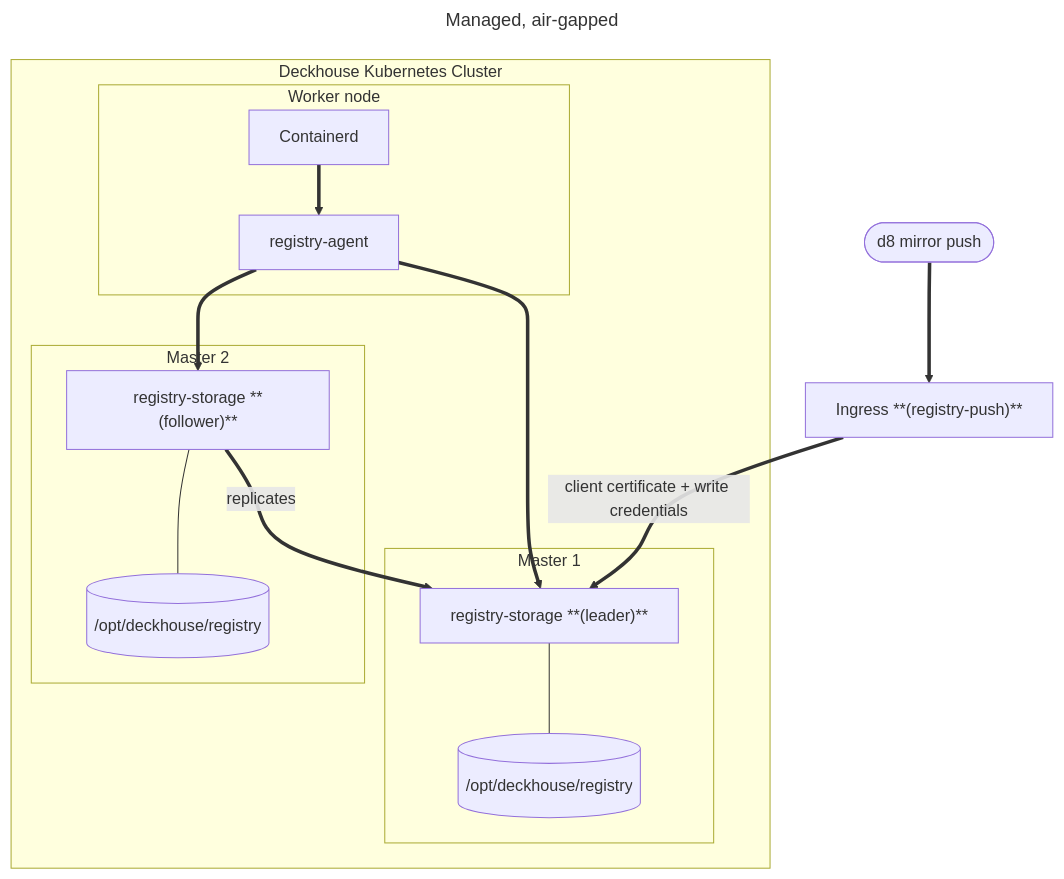
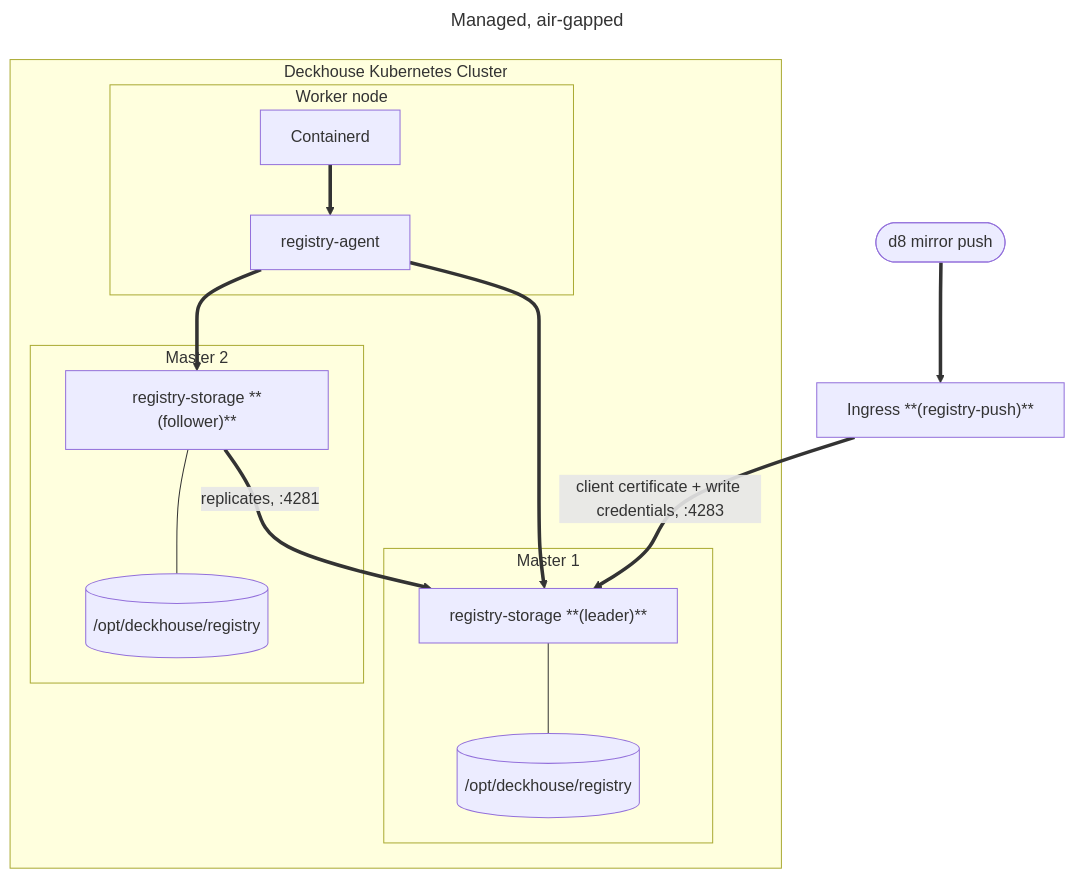
The third of 3 diagrams in modules/038-registry/docs/internal/MANAGED.md (deckhouse/deckhouse), drawn with Mermaid before and after one commit. The commit also changed other lines of this file and 80 other files, not shown here.

````diff
--- a/modules/038-registry/docs/internal/MANAGED.md
+++ b/modules/038-registry/docs/internal/MANAGED.md
@@ -108,32 +114,32 @@
 ```mermaid
 ---
 title: Managed, air-gapped
 ---
 flowchart TD
 operator(["d8 mirror push"])
 ingress["Ingress **(registry-push)**"]
 
 subgraph Cluster["Deckhouse Kubernetes Cluster"]
 subgraph Master1["Master 1"]
 storage1["registry-storage **(leader)**"]
 data1[("/opt/deckhouse/registry")]
 storage1 --- data1
 end
 subgraph Master2["Master 2"]
 storage2["registry-storage **(follower)**"]
 data2[("/opt/deckhouse/registry")]
 storage2 --- data2
 end
 subgraph Node1["Worker node"]
 containerd1[Containerd]
 agent1["registry-agent"]
 containerd1 ==> agent1
 end
 end
 
 operator ==> ingress
-ingress == "client certificate + write credentials" ==> storage1
-storage2 == replicates ==> storage1
+ingress == "client certificate + write credentials, :4283" ==> storage1
+storage2 == "replicates, :4281" ==> storage1
 agent1 ==> storage1
 agent1 ==> storage2
 ```
````
